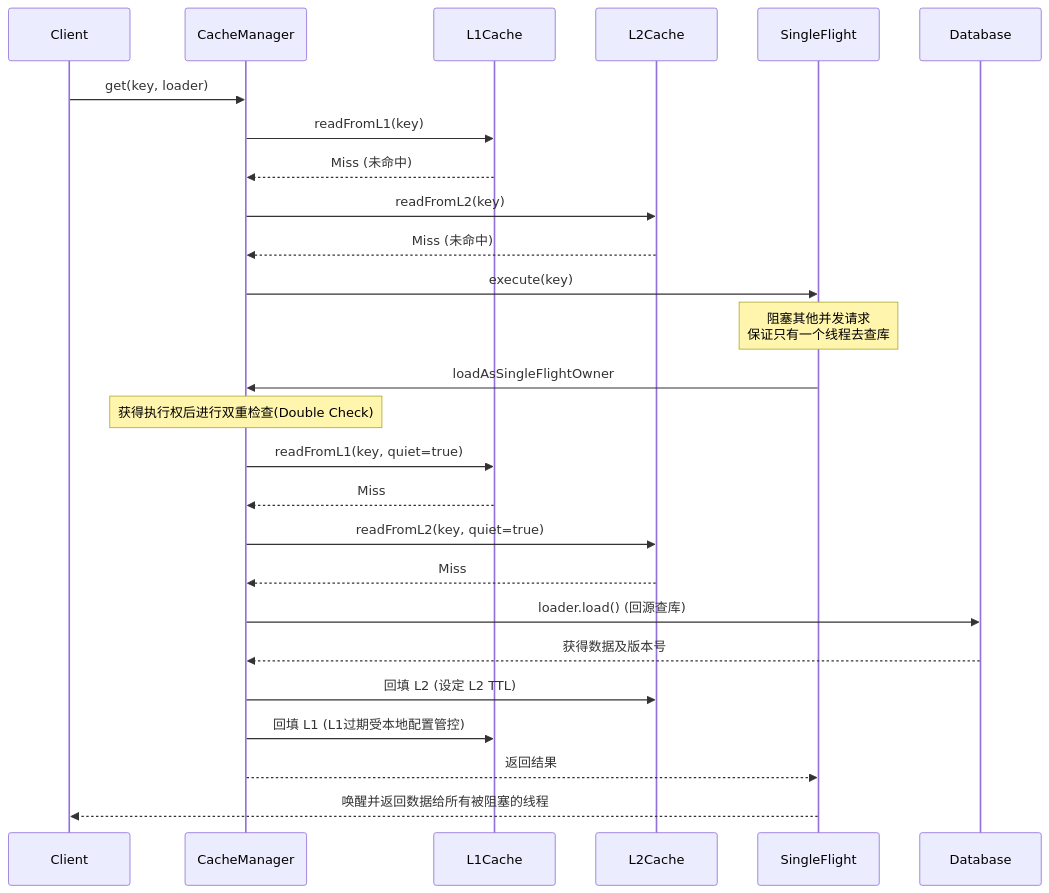
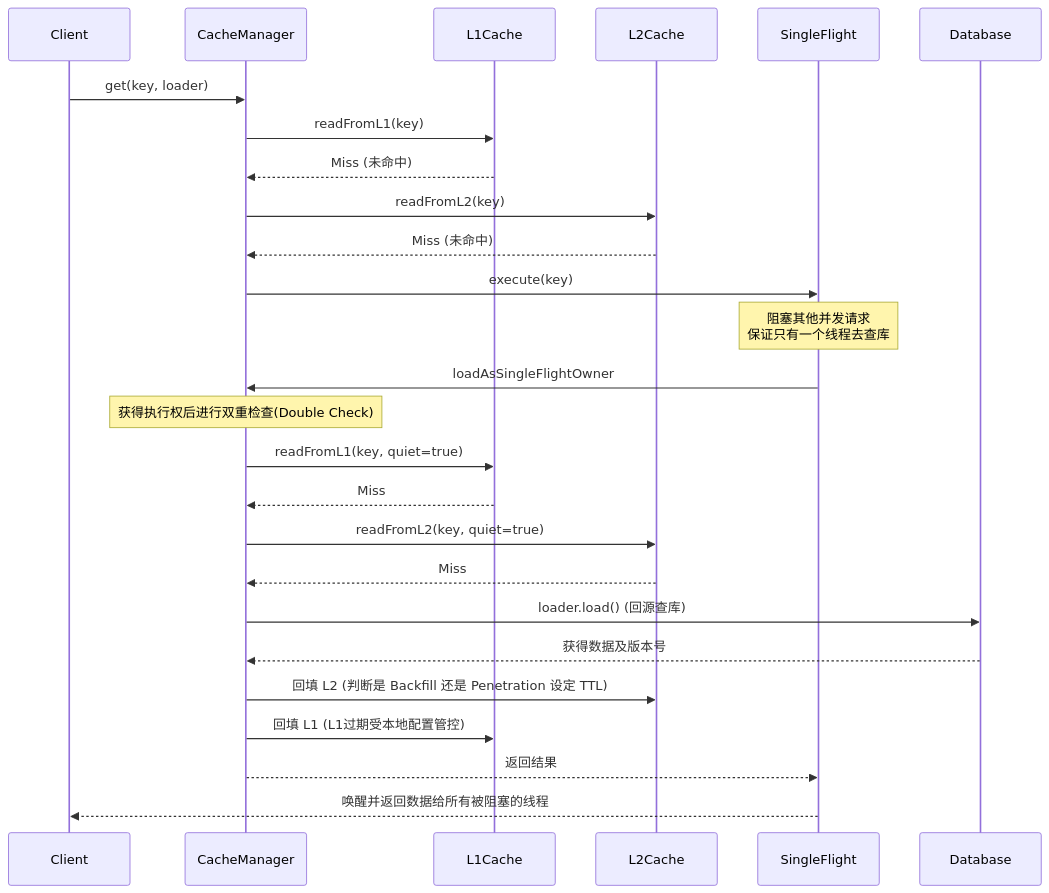
The second of 3 diagrams in README.md (dk900912/multi-tier-cache-framework), drawn with Mermaid before and after one commit. The commit also changed other lines of this file, not shown here.

````diff
--- a/README.md
+++ b/README.md
@@ -175,36 +187,36 @@
 ```mermaid
 sequenceDiagram
     participant Client
     participant CacheManager
     participant L1Cache
     participant L2Cache
     participant SingleFlight
     participant Database
 
     Client->>CacheManager: get(key, loader)
     CacheManager->>L1Cache: readFromL1(key)
     L1Cache-->>CacheManager: Miss (未命中)
     
     CacheManager->>L2Cache: readFromL2(key)
     L2Cache-->>CacheManager: Miss (未命中)
     
     CacheManager->>SingleFlight: execute(key)
     Note over SingleFlight: 阻塞其他并发请求<br/>保证只有一个线程去查库
     
     SingleFlight->>CacheManager: loadAsSingleFlightOwner
     
     Note over CacheManager: 获得执行权后进行双重检查(Double Check)
     CacheManager->>L1Cache: readFromL1(key, quiet=true)
     L1Cache-->>CacheManager: Miss
     CacheManager->>L2Cache: readFromL2(key, quiet=true)
     L2Cache-->>CacheManager: Miss
     
     CacheManager->>Database: loader.load() (回源查库)
     Database-->>CacheManager: 获得数据及版本号
     
-    CacheManager->>L2Cache: 回填 L2 (设定 L2 TTL)
+    CacheManager->>L2Cache: 回填 L2 (判断是 Backfill 还是 Penetration 设定 TTL)
     CacheManager->>L1Cache: 回填 L1 (L1过期受本地配置管控)
     
     CacheManager-->>SingleFlight: 返回结果
     SingleFlight-->>Client: 唤醒并返回数据给所有被阻塞的线程
 ```
````
